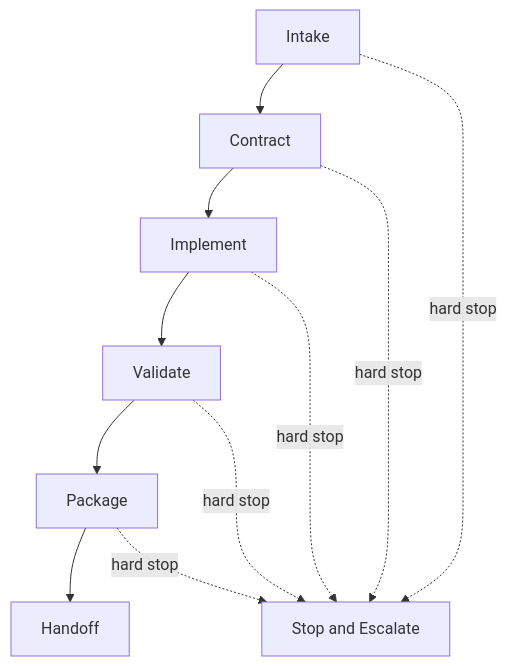
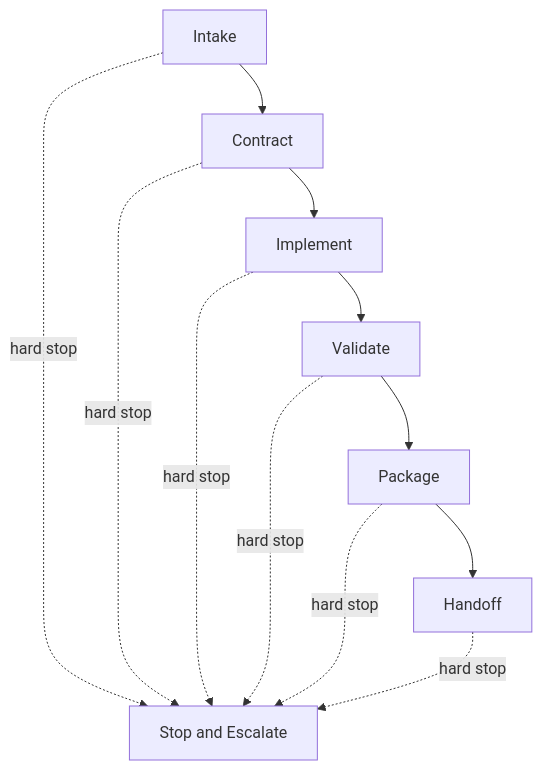
One commit to PLAYER1-r7/MultiCloudProject changed the diagram in docs_agent/02_AUTONOMOUS_DEV_PROTOCOL.md. Above: the diagram before and after it, drawn with Mermaid. The commit also changed other lines of this file and 7 other files, not shown here.

First line of the commit message:
docs: add issue-close hard stop guardrails to agent protocol docs

````diff
--- a/docs_agent/02_AUTONOMOUS_DEV_PROTOCOL.md
+++ b/docs_agent/02_AUTONOMOUS_DEV_PROTOCOL.md
@@ -10,13 +10,14 @@
 ```mermaid
 flowchart TD
 	A[Intake] --> B[Contract]
 	B --> C[Implement]
 	C --> D[Validate]
 	D --> E[Package]
 	E --> F[Handoff]
 	A -. hard stop .-> X[Stop and Escalate]
 	B -. hard stop .-> X
 	C -. hard stop .-> X
 	D -. hard stop .-> X
 	E -. hard stop .-> X
+	F -. hard stop .-> X
 ```
````
